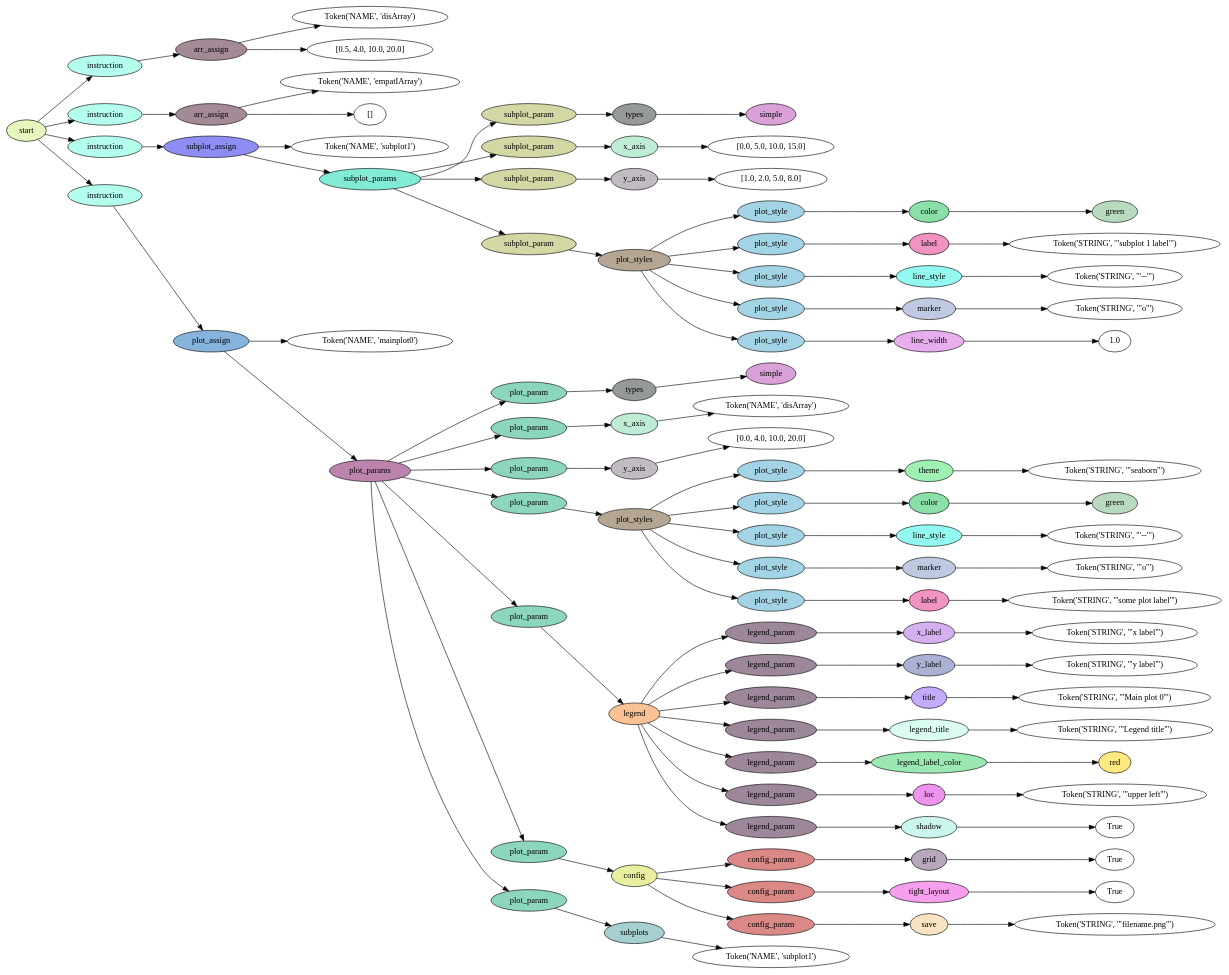
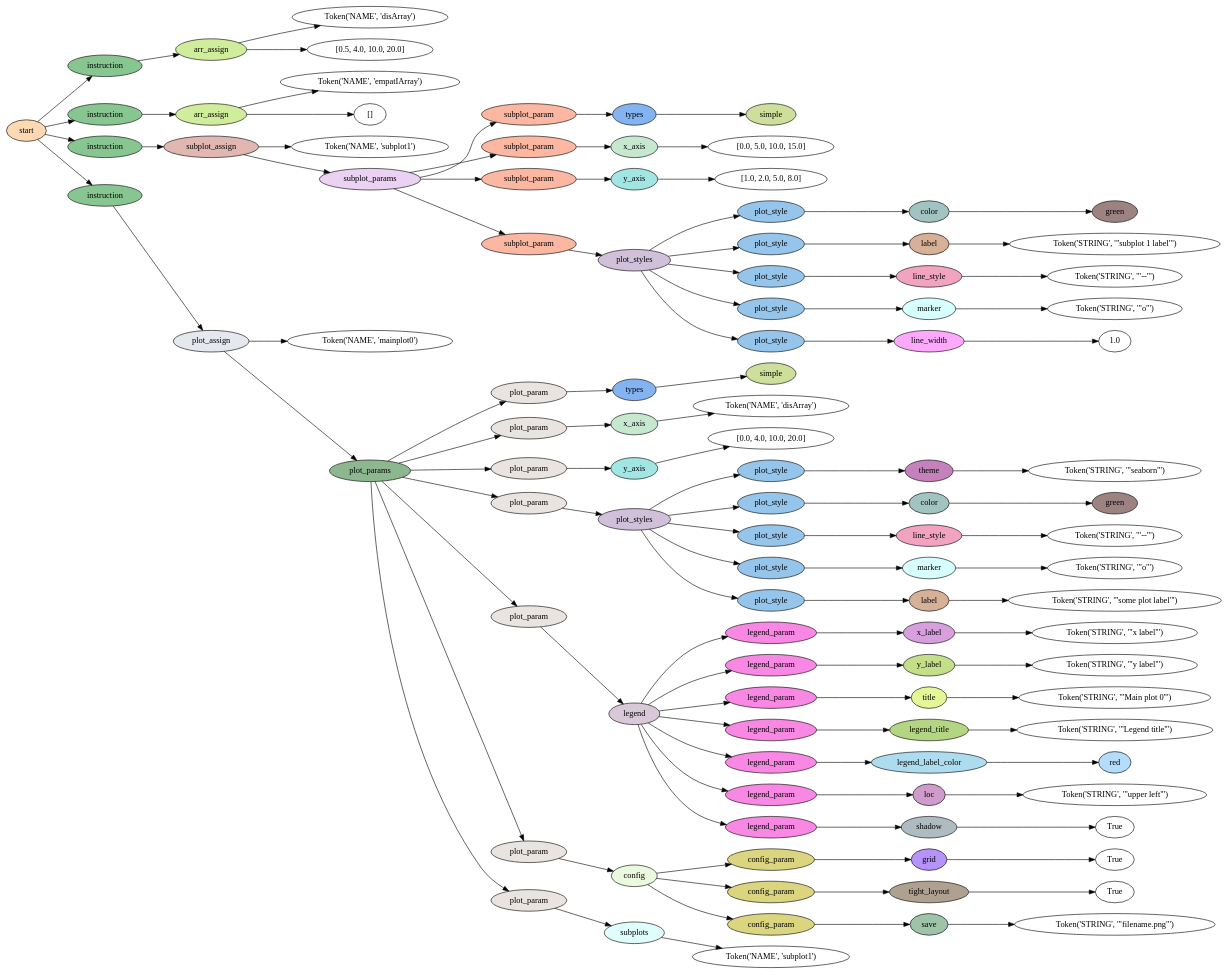
Before and after one commit to nichitaa/dsl: the diagram in main.py.dot, drawn with Graphviz. The commit also changed 9 other files, not shown here.

```diff
--- a/main.py.dot
+++ b/main.py.dot
@@ -2,162 +2,162 @@
 rankdir=LR;
 0 [label="Token('NAME', 'disArray')"];
 1 [label="[0.5, 4.0, 10.0, 20.0]"];
-2 [fillcolor="#a48996", label=arr_assign, style=filled];
+2 [fillcolor="#d0ed9c", label=arr_assign, style=filled];
 2 -> 0;
 2 -> 1;
-3 [fillcolor="#b4feee", label=instruction, style=filled];
+3 [fillcolor="#88c691", label=instruction, style=filled];
 3 -> 2;
 4 [label="Token('NAME', 'empatIArray')"];
 5 [label="[]"];
-6 [fillcolor="#a48996", label=arr_assign, style=filled];
+6 [fillcolor="#d0ed9c", label=arr_assign, style=filled];
 6 -> 4;
 6 -> 5;
-7 [fillcolor="#b4feee", label=instruction, style=filled];
+7 [fillcolor="#88c691", label=instruction, style=filled];
 7 -> 6;
 8 [label="Token('NAME', 'subplot1')"];
-9 [fillcolor="#daa1d8", label=simple, style=filled];
-10 [fillcolor="#969a97", label=types, style=filled];
+9 [fillcolor="#cede9b", label=simple, style=filled];
+10 [fillcolor="#84b3f1", label=types, style=filled];
 10 -> 9;
-11 [fillcolor="#d3d7a4", label=subplot_param, style=filled];
+11 [fillcolor="#fbb7a1", label=subplot_param, style=filled];
 11 -> 10;
 12 [label="[0.0, 5.0, 10.0, 15.0]"];
-13 [fillcolor="#beedd6", label=x_axis, style=filled];
+13 [fillcolor="#c5e8cf", label=x_axis, style=filled];
 13 -> 12;
-14 [fillcolor="#d3d7a4", label=subplot_param, style=filled];
+14 [fillcolor="#fbb7a1", label=subplot_param, style=filled];
 14 -> 13;
 15 [label="[1.0, 2.0, 5.0, 8.0]"];
-16 [fillcolor="#c2bbc4", label=y_axis, style=filled];
+16 [fillcolor="#a1e6e3", label=y_axis, style=filled];
 16 -> 15;
-17 [fillcolor="#d3d7a4", label=subplot_param, style=filled];
+17 [fillcolor="#fbb7a1", label=subplot_param, style=filled];
 17 -> 16;
-18 [fillcolor="#b8dbbf", label=green, style=filled];
-19 [fillcolor="#8ae0a8", label=color, style=filled];
+18 [fillcolor="#9c8281", label=green, style=filled];
+19 [fillcolor="#a2c4c1", label=color, style=filled];
 19 -> 18;
-20 [fillcolor="#a2d4e5", label=plot_style, style=filled];
+20 [fillcolor="#96c5eb", label=plot_style, style=filled];
 20 -> 19;
 21 [label="Token('STRING', '\"subplot 1 label\"')"];
-22 [fillcolor="#f294c1", label=label, style=filled];
+22 [fillcolor="#d7b197", label=label, style=filled];
 22 -> 21;
-23 [fillcolor="#a2d4e5", label=plot_style, style=filled];
+23 [fillcolor="#96c5eb", label=plot_style, style=filled];
 23 -> 22;
 24 [label="Token('STRING', '\"--\"')"];
-25 [fillcolor="#93f8f0", label=line_style, style=filled];
+25 [fillcolor="#f1a3bf", label=line_style, style=filled];
 25 -> 24;
-26 [fillcolor="#a2d4e5", label=plot_style, style=filled];
+26 [fillcolor="#96c5eb", label=plot_style, style=filled];
 26 -> 25;
 27 [label="Token('STRING', '\"o\"')"];
-28 [fillcolor="#bfc9e2", label=marker, style=filled];
+28 [fillcolor="#d6fffe", label=marker, style=filled];
 28 -> 27;
-29 [fillcolor="#a2d4e5", label=plot_style, style=filled];
+29 [fillcolor="#96c5eb", label=plot_style, style=filled];
 29 -> 28;
 30 [label="1.0"];
-31 [fillcolor="#e8adef", label=line_width, style=filled];
+31 [fillcolor="#fda9fb", label=line_width, style=filled];
 31 -> 30;
-32 [fillcolor="#a2d4e5", label=plot_style, style=filled];
+32 [fillcolor="#96c5eb", label=plot_style, style=filled];
 32 -> 31;
-33 [fillcolor="#b4a692", label=plot_styles, style=filled];
+33 [fillcolor="#d1c0d9", label=plot_styles, style=filled];
 33 -> 20;
 33 -> 23;
 33 -> 26;
 33 -> 29;
 33 -> 32;
-34 [fillcolor="#d3d7a4", label=subplot_param, style=filled];
+34 [fillcolor="#fbb7a1", label=subplot_param, style=filled];
 34 -> 33;
-35 [fillcolor="#82ebd6", label=subplot_params, style=filled];
+35 [fillcolor="#ebd1f2", label=subplot_params, style=filled];
 35 -> 11;
 35 -> 14;
 35 -> 17;
 35 -> 34;
-36 [fillcolor="#8d8df3", label=subplot_assign, style=filled];
+36 [fillcolor="#e1b7b1", label=subplot_assign, style=filled];
 36 -> 8;
 36 -> 35;
-37 [fillcolor="#b4feee", label=instruction, style=filled];
+37 [fillcolor="#88c691", label=instruction, style=filled];
 37 -> 36;
 38 [label="Token('NAME', 'mainplot0')"];
-39 [fillcolor="#daa1d8", label=simple, style=filled];
-40 [fillcolor="#969a97", label=types, style=filled];
+39 [fillcolor="#cede9b", label=simple, style=filled];
+40 [fillcolor="#84b3f1", label=types, style=filled];
 40 -> 39;
-41 [fillcolor="#8cd6bc", label=plot_param, style=filled];
+41 [fillcolor="#e9e4e0", label=plot_param, style=filled];
 41 -> 40;
 42 [label="Token('NAME', 'disArray')"];
-43 [fillcolor="#beedd6", label=x_axis, style=filled];
+43 [fillcolor="#c5e8cf", label=x_axis, style=filled];
 43 -> 42;
-44 [fillcolor="#8cd6bc", label=plot_param, style=filled];
+44 [fillcolor="#e9e4e0", label=plot_param, style=filled];
 44 -> 43;
 45 [label="[0.0, 4.0, 10.0, 20.0]"];
-46 [fillcolor="#c2bbc4", label=y_axis, style=filled];
+46 [fillcolor="#a1e6e3", label=y_axis, style=filled];
 46 -> 45;
-47 [fillcolor="#8cd6bc", label=plot_param, style=filled];
+47 [fillcolor="#e9e4e0", label=plot_param, style=filled];
 47 -> 46;
 48 [label="Token('STRING', '\"seaborn\"')"];
-49 [fillcolor="#9ff0b3", label=theme, style=filled];
+49 [fillcolor="#c481bb", label=theme, style=filled];
 49 -> 48;
-50 [fillcolor="#a2d4e5", label=plot_style, style=filled];
+50 [fillcolor="#96c5eb", label=plot_style, style=filled];
 50 -> 49;
-51 [fillcolor="#b8dbbf", label=green, style=filled];
-52 [fillcolor="#8ae0a8", label=color, style=filled];
+51 [fillcolor="#9c8281", label=green, style=filled];
+52 [fillcolor="#a2c4c1", label=color, style=filled];
 52 -> 51;
-53 [fillcolor="#a2d4e5", label=plot_style, style=filled];
+53 [fillcolor="#96c5eb", label=plot_style, style=filled];
 53 -> 52;
 54 [label="Token('STRING', '\"--\"')"];
-55 [fillcolor="#93f8f0", label=line_style, style=filled];
+55 [fillcolor="#f1a3bf", label=line_style, style=filled];
 55 -> 54;
-56 [fillcolor="#a2d4e5", label=plot_style, style=filled];
+56 [fillcolor="#96c5eb", label=plot_style, style=filled];
 56 -> 55;
 57 [label="Token('STRING', '\"o\"')"];
-58 [fillcolor="#bfc9e2", label=marker, style=filled];
+58 [fillcolor="#d6fffe", label=marker, style=filled];
 58 -> 57;
-59 [fillcolor="#a2d4e5", label=plot_style, style=filled];
+59 [fillcolor="#96c5eb", label=plot_style, style=filled];
 59 -> 58;
 60 [label="Token('STRING', '\"some plot label\"')"];
-61 [fillcolor="#f294c1", label=label, style=filled];
+61 [fillcolor="#d7b197", label=label, style=filled];
 61 -> 60;
-62 [fillcolor="#a2d4e5", label=plot_style, style=filled];
+62 [fillcolor="#96c5eb", label=plot_style, style=filled];
 62 -> 61;
-63 [fillcolor="#b4a692", label=plot_styles, style=filled];
+63 [fillcolor="#d1c0d9", label=plot_styles, style=filled];
 63 -> 50;
 63 -> 53;
 63 -> 56;
 63 -> 59;
 63 -> 62;
-64 [fillcolor="#8cd6bc", label=plot_param, style=filled];
+64 [fillcolor="#e9e4e0", label=plot_param, style=filled];
 64 -> 63;
 65 [label="Token('STRING', '\"x label\"')"];
-66 [fillcolor="#d4b0f0", label=x_label, style=filled];
+66 [fillcolor="#d79fdd", label=x_label, style=filled];
 66 -> 65;
-67 [fillcolor="#9c889a", label=legend_param, style=filled];
+67 [fillcolor="#f987e4", label=legend_param, style=filled];
 67 -> 66;
 68 [label="Token('STRING', '\"y label\"')"];
-69 [fillcolor="#abb1d2", label=y_label, style=filled];
+69 [fillcolor="#c3e089", label=y_label, style=filled];
 69 -> 68;
-70 [fillcolor="#9c889a", label=legend_param, style=filled];
+70 [fillcolor="#f987e4", label=legend_param, style=filled];
 70 -> 69;
 71 [label="Token('STRING', '\"Main plot 0\"')"];
-72 [fillcolor="#c5abfd", label=title, style=filled];
+72 [fillcolor="#e5f696", label=title, style=filled];
 72 -> 71;
-73 [fillcolor="#9c889a", label=legend_param, style=filled];
+73 [fillcolor="#f987e4", label=legend_param, style=filled];
 73 -> 72;
 74 [label="Token('STRING', '\"Legend title\"')"];
-75 [fillcolor="#dbfdf0", label=legend_title, style=filled];
+75 [fillcolor="#b4d682", label=legend_title, style=filled];
 75 -> 74;
-76 [fillcolor="#9c889a", label=legend_param, style=filled];
+76 [fillcolor="#f987e4", label=legend_param, style=filled];
 76 -> 75;
-77 [fillcolor="#fee980", label=red, style=filled];
-78 [fillcolor="#9be8b3", label=legend_label_color, style=filled];
+77 [fillcolor="#b3ddfb", label=red, style=filled];
+78 [fillcolor="#aedcef", label=legend_label_color, style=filled];
 78 -> 77;
-79 [fillcolor="#9c889a", label=legend_param, style=filled];
+79 [fillcolor="#f987e4", label=legend_param, style=filled];
 79 -> 78;
 80 [label="Token('STRING', '\"upper left\"')"];
-81 [fillcolor="#ed95ec", label=loc, style=filled];
+81 [fillcolor="#cf9bcb", label=loc, style=filled];
 81 -> 80;
-82 [fillcolor="#9c889a", label=legend_param, style=filled];
+82 [fillcolor="#f987e4", label=legend_param, style=filled];
 82 -> 81;
 83 [label=True];
-84 [fillcolor="#cbf6f0", label=shadow, style=filled];
+84 [fillcolor="#aebcc1", label=shadow, style=filled];
 84 -> 83;
-85 [fillcolor="#9c889a", label=legend_param, style=filled];
+85 [fillcolor="#f987e4", label=legend_param, style=filled];
 85 -> 84;
-86 [fillcolor="#fcc295", label=legend, style=filled];
+86 [fillcolor="#d9c8d7", label=legend, style=filled];
 86 -> 67;
 86 -> 70;
 86 -> 73;
@@ -165,35 +165,35 @@
 86 -> 79;
 86 -> 82;
 86 -> 85;
-87 [fillcolor="#8cd6bc", label=plot_param, style=filled];
+87 [fillcolor="#e9e4e0", label=plot_param, style=filled];
 87 -> 86;
 88 [label=True];
-89 [fillcolor="#b7a8bc", label=grid, style=filled];
+89 [fillcolor="#b692fb", label=grid, style=filled];
 89 -> 88;
-90 [fillcolor="#db8986", label=config_param, style=filled];
+90 [fillcolor="#dbd580", label=config_param, style=filled];
 90 -> 89;
 91 [label=True];
-92 [fillcolor="#f79fec", label=tight_layout, style=filled];
+92 [fillcolor="#afa190", label=tight_layout, style=filled];
 92 -> 91;
-93 [fillcolor="#db8986", label=config_param, style=filled];
+93 [fillcolor="#dbd580", label=config_param, style=filled];
 93 -> 92;
 94 [label="Token('STRING', '\"filename.png\"')"];
-95 [fillcolor="#f8e3c2", label=save, style=filled];
+95 [fillcolor="#9ec3a8", label=save, style=filled];
 95 -> 94;
-96 [fillcolor="#db8986", label=config_param, style=filled];
+96 [fillcolor="#dbd580", label=config_param, style=filled];
 96 -> 95;
-97 [fillcolor="#e9ef9e", label=config, style=filled];
+97 [fillcolor="#ebf9df", label=config, style=filled];
 97 -> 90;
 97 -> 93;
 97 -> 96;
-98 [fillcolor="#8cd6bc", label=plot_param, style=filled];
+98 [fillcolor="#e9e4e0", label=plot_param, style=filled];
 98 -> 97;
 99 [label="Token('NAME', 'subplot1')"];
-100 [fillcolor="#a6cfd0", label=subplots, style=filled];
+100 [fillcolor="#dffdfb", label=subplots, style=filled];
 100 -> 99;
-101 [fillcolor="#8cd6bc", label=plot_param, style=filled];
+101 [fillcolor="#e9e4e0", label=plot_param, style=filled];
 101 -> 100;
-102 [fillcolor="#bc83ac", label=plot_params, style=filled];
+102 [fillcolor="#8db88f", label=plot_params, style=filled];
 102 -> 41;
 102 -> 44;
 102 -> 47;
@@ -201,12 +201,12 @@
 102 -> 87;
 102 -> 98;
 102 -> 101;
-103 [fillcolor="#86b3dc", label=plot_assign, style=filled];
+103 [fillcolor="#e5e8ee", label=plot_assign, style=filled];
 103 -> 38;
 103 -> 102;
-104 [fillcolor="#b4feee", label=instruction, style=filled];
+104 [fillcolor="#88c691", label=instruction, style=filled];
 104 -> 103;
-105 [fillcolor="#e6f6bc", label=start, style=filled];
+105 [fillcolor="#fdd9b3", label=start, style=filled];
 105 -> 3;
 105 -> 7;
 105 -> 37;
```
